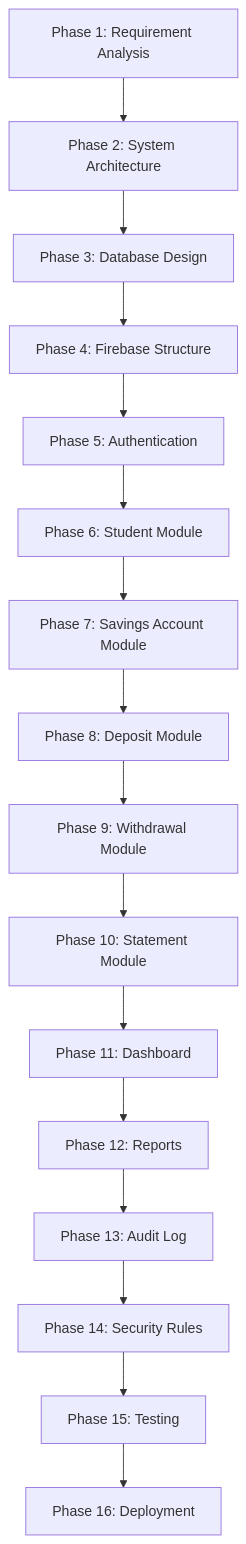
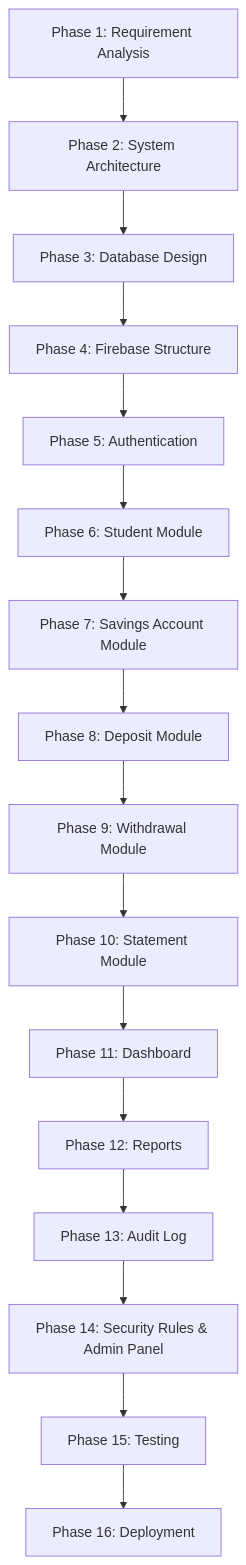
Before and after one commit to Nopphorn-Somboonchai/Bank-Of-School: the diagram in README-1.md, drawn with Mermaid. The commit also changed other lines of this file and 2 other files, not shown here.

````diff
--- a/README-1.md
+++ b/README-1.md
@@ -203,18 +206,18 @@
 ```mermaid
 graph TD
     P1[Phase 1: Requirement Analysis] --> P2[Phase 2: System Architecture]
     P2 --> P3[Phase 3: Database Design]
     P3 --> P4[Phase 4: Firebase Structure]
     P4 --> P5[Phase 5: Authentication]
     P5 --> P6[Phase 6: Student Module]
     P6 --> P7[Phase 7: Savings Account Module]
     P7 --> P8[Phase 8: Deposit Module]
     P8 --> P9[Phase 9: Withdrawal Module]
     P9 --> P10[Phase 10: Statement Module]
     P10 --> P11[Phase 11: Dashboard]
     P11 --> P12[Phase 12: Reports]
     P12 --> P13[Phase 13: Audit Log]
-    P13 --> P14[Phase 14: Security Rules]
+    P13 --> P14[Phase 14: Security Rules & Admin Panel]
     P14 --> P15[Phase 15: Testing]
     P15 --> P16[Phase 16: Deployment]
 ```
````
